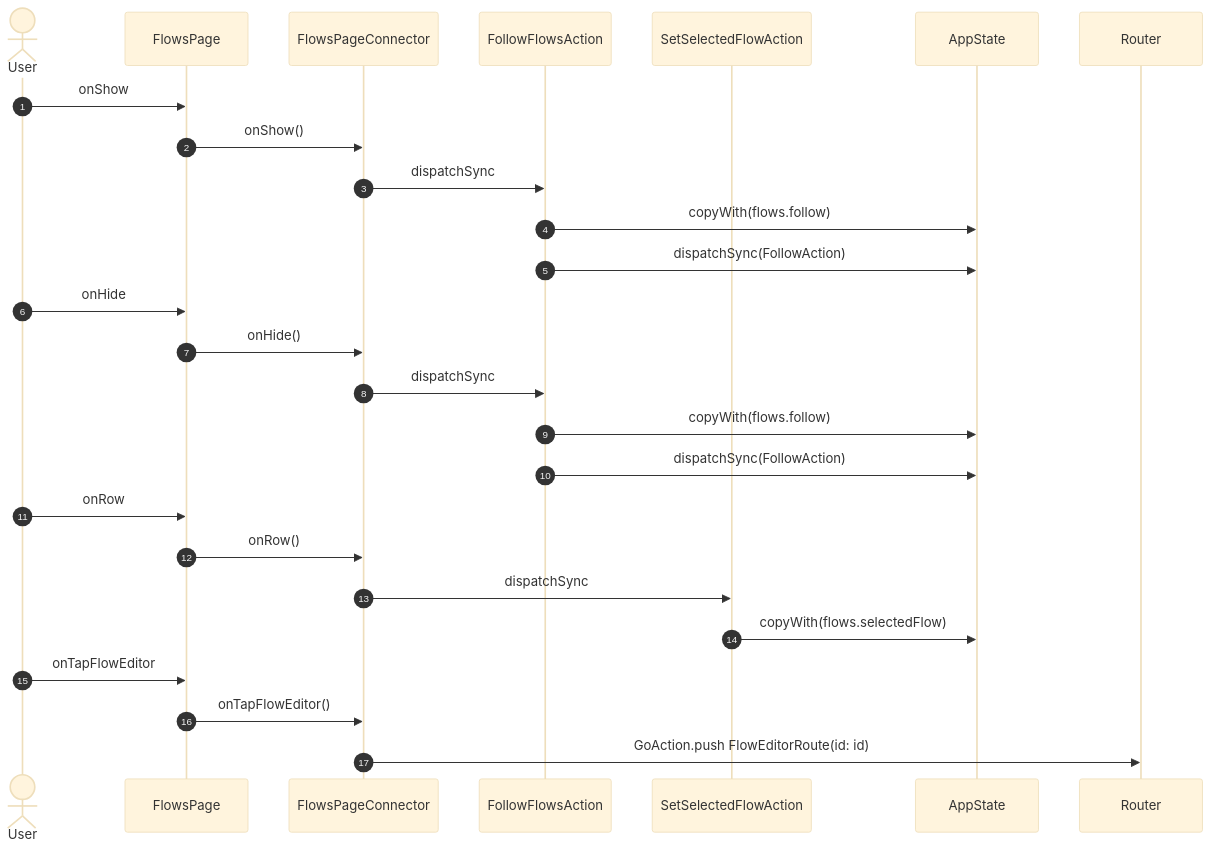
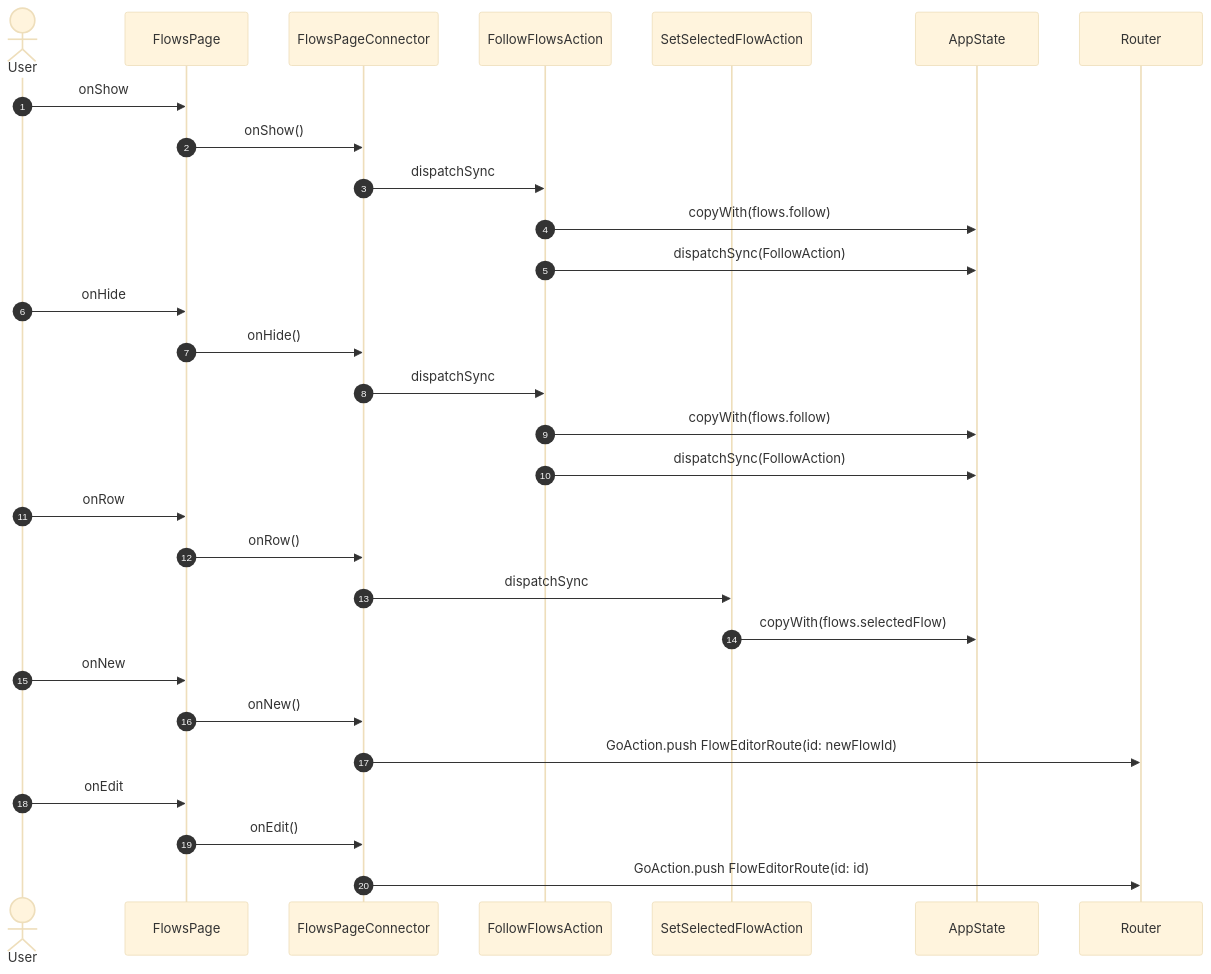
The diagram in studio/docs/flows/flows.md (gencto/wyrm), drawn with Mermaid (base theme) before and after one commit. The commit also changed other lines of this file and 10 other files, not shown here.

First line of the commit message:
studio: flows: typed rows, words in ui, a typed reason for what is disabled

````diff
--- a/studio/docs/flows/flows.md
+++ b/studio/docs/flows/flows.md
@@ -7,32 +7,36 @@
 ```mermaid
 sequenceDiagram
     autonumber
     actor User
     participant UI as FlowsPage
     participant VM as FlowsPageConnector
     participant A1 as FollowFlowsAction
     participant A2 as SetSelectedFlowAction
     participant ST as AppState
     participant NAV as Router
 
     User->>UI: onShow
     UI->>VM: onShow()
     VM->>A1: dispatchSync
     A1->>ST: copyWith(flows.follow)
     A1->>ST: dispatchSync(FollowAction)
 
     User->>UI: onHide
     UI->>VM: onHide()
     VM->>A1: dispatchSync
     A1->>ST: copyWith(flows.follow)
     A1->>ST: dispatchSync(FollowAction)
 
     User->>UI: onRow
     UI->>VM: onRow()
     VM->>A2: dispatchSync
     A2->>ST: copyWith(flows.selectedFlow)
 
-    User->>UI: onTapFlowEditor
-    UI->>VM: onTapFlowEditor()
+    User->>UI: onNew
+    UI->>VM: onNew()
+    VM->>NAV: GoAction.push FlowEditorRoute(id: newFlowId)
+
+    User->>UI: onEdit
+    UI->>VM: onEdit()
     VM->>NAV: GoAction.push FlowEditorRoute(id: id)
 ```
````
